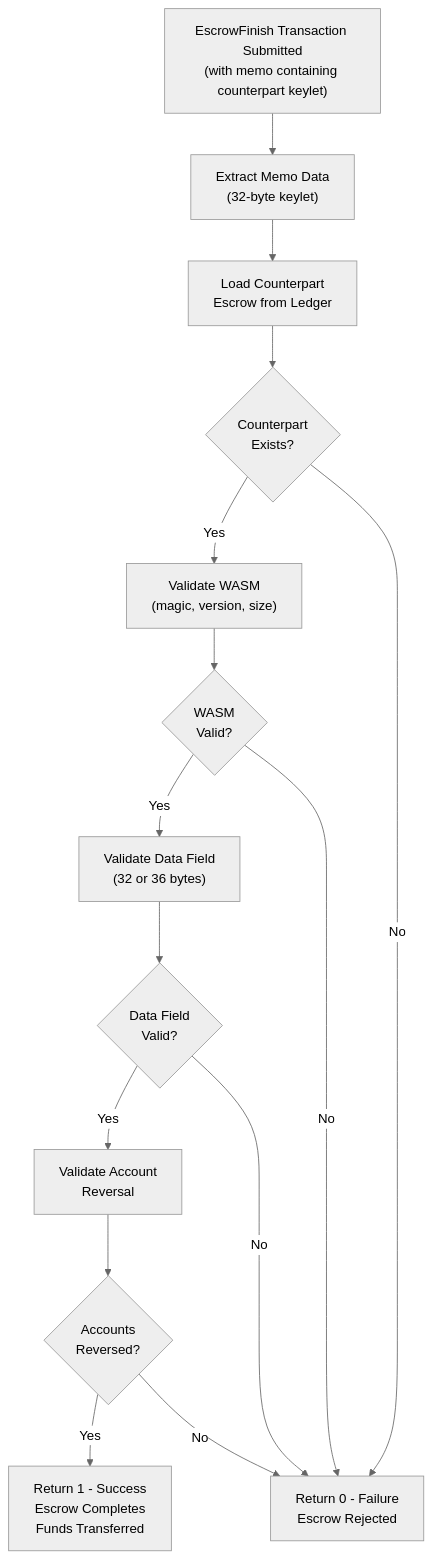
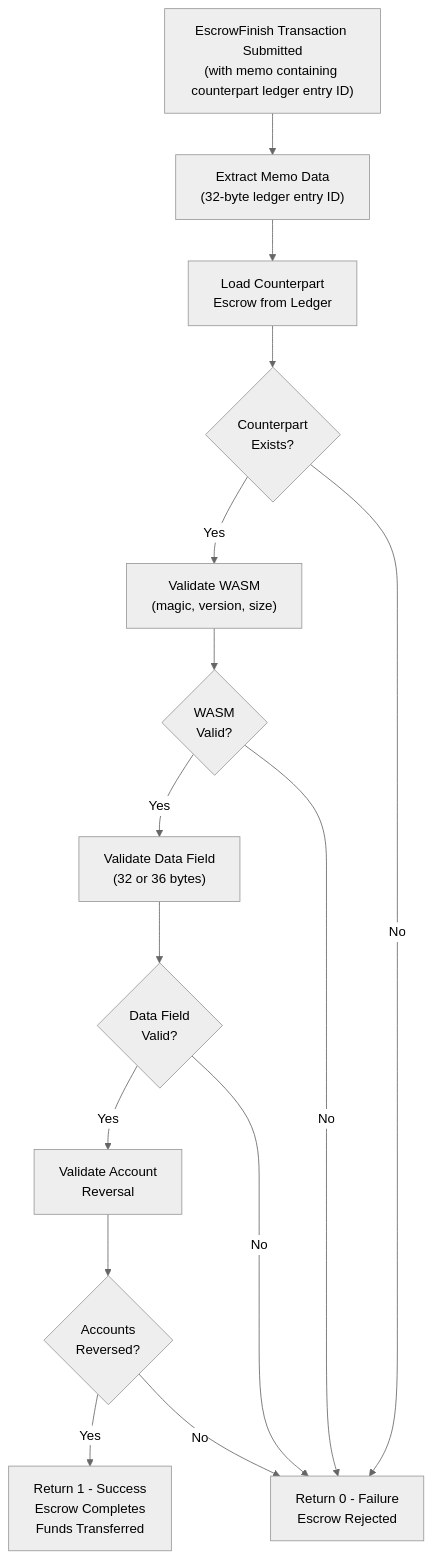
One commit to ripple/xrpl-wasm-stdlib changed the diagram in examples/smart-escrows/atomic_swap/atomic_swap1/README.md. Above: the diagram before and after it, drawn with Mermaid (neutral theme). The commit also changed other lines of this file and 56 other files, not shown here.

````diff
--- a/examples/smart-escrows/atomic_swap/atomic_swap1/README.md
+++ b/examples/smart-escrows/atomic_swap/atomic_swap1/README.md
@@ -170,30 +170,30 @@
 ```mermaid
 flowchart TD
-    A["EscrowFinish Transaction Submitted<br/>(with memo containing counterpart keylet)"]
-    B["Extract Memo Data<br/>(32-byte keylet)"]
+    A["EscrowFinish Transaction Submitted<br/>(with memo containing counterpart ledger entry ID)"]
+    B["Extract Memo Data<br/>(32-byte ledger entry ID)"]
     C["Load Counterpart<br/>Escrow from Ledger"]
     D{"Counterpart<br/>Exists?"}
     E["Validate WASM<br/>(magic, version, size)"]
     F{"WASM<br/>Valid?"}
     G["Validate Data Field<br/>(32 or 36 bytes)"]
     H{"Data Field<br/>Valid?"}
     I["Validate Account<br/>Reversal"]
     J{"Accounts<br/>Reversed?"}
     K["Return 1 - Success<br/>Escrow Completes<br/>Funds Transferred"]
     L["Return 0 - Failure<br/>Escrow Rejected"]
 
     A --> B
     B --> C
     C --> D
     D -->|Yes| E
     D -->|No| L
     E --> F
     F -->|Yes| G
     F -->|No| L
     G --> H
     H -->|Yes| I
     H -->|No| L
     I --> J
     J -->|Yes| K
     J -->|No| L
 ```
````
